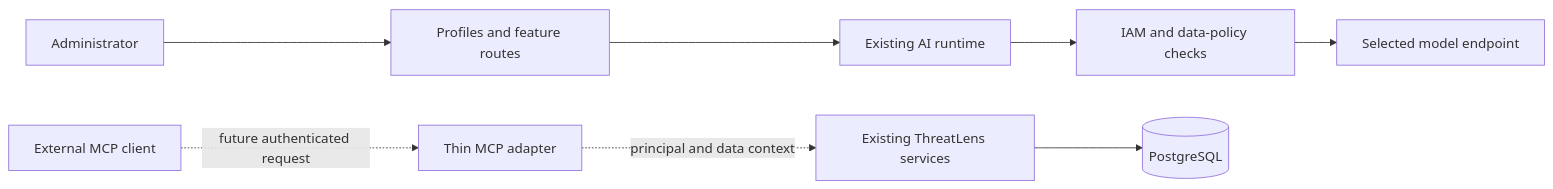
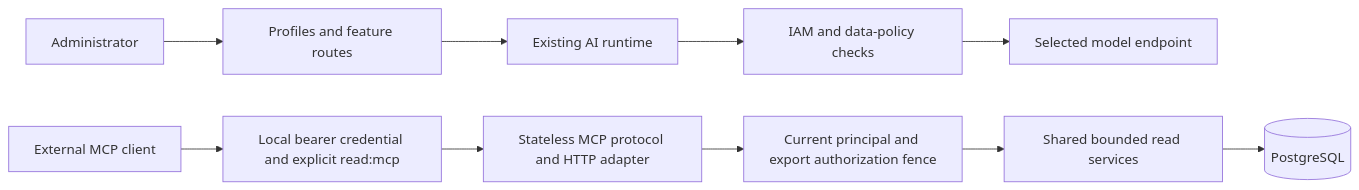
One commit to PatrikSi/threatlens changed the diagram in docs/architecture/0006-ai-provider-profiles-and-mcp-boundary.md. Above: the diagram before and after it, drawn with Mermaid. The commit also changed other lines of this file and 45 other files, not shown here.

Commit message:
Add scoped read-only MCP access

````diff
--- a/docs/architecture/0006-ai-provider-profiles-and-mcp-boundary.md
+++ b/docs/architecture/0006-ai-provider-profiles-and-mcp-boundary.md
@@ -131,10 +135,12 @@
 ```mermaid
 flowchart LR
     Admin[Administrator] --> Profiles[Profiles and feature routes]
     Profiles --> Runtime[Existing AI runtime]
     Runtime --> Policy[IAM and data-policy checks]
     Policy --> Provider[Selected model endpoint]
-    Client[External MCP client] -. future authenticated request .-> Adapter[Thin MCP adapter]
-    Adapter -. principal and data context .-> Services[Existing ThreatLens services]
+    Client[External MCP client] --> Token[Local bearer credential and explicit read:mcp]
+    Token --> Adapter[Stateless MCP protocol and HTTP adapter]
+    Adapter --> Access[Current principal and export authorization fence]
+    Access --> Services[Shared bounded read services]
     Services --> DB[(PostgreSQL)]
 ```
````
